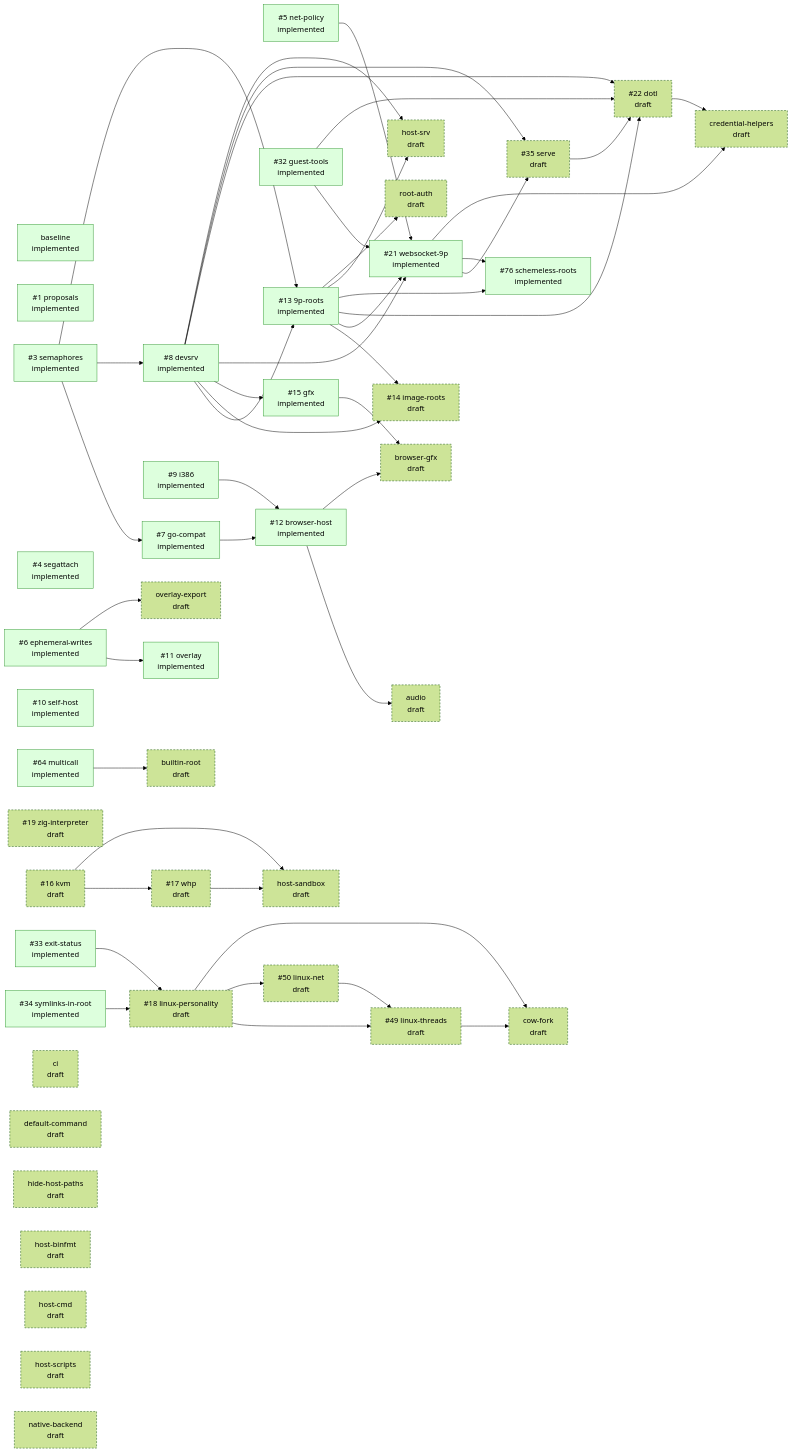
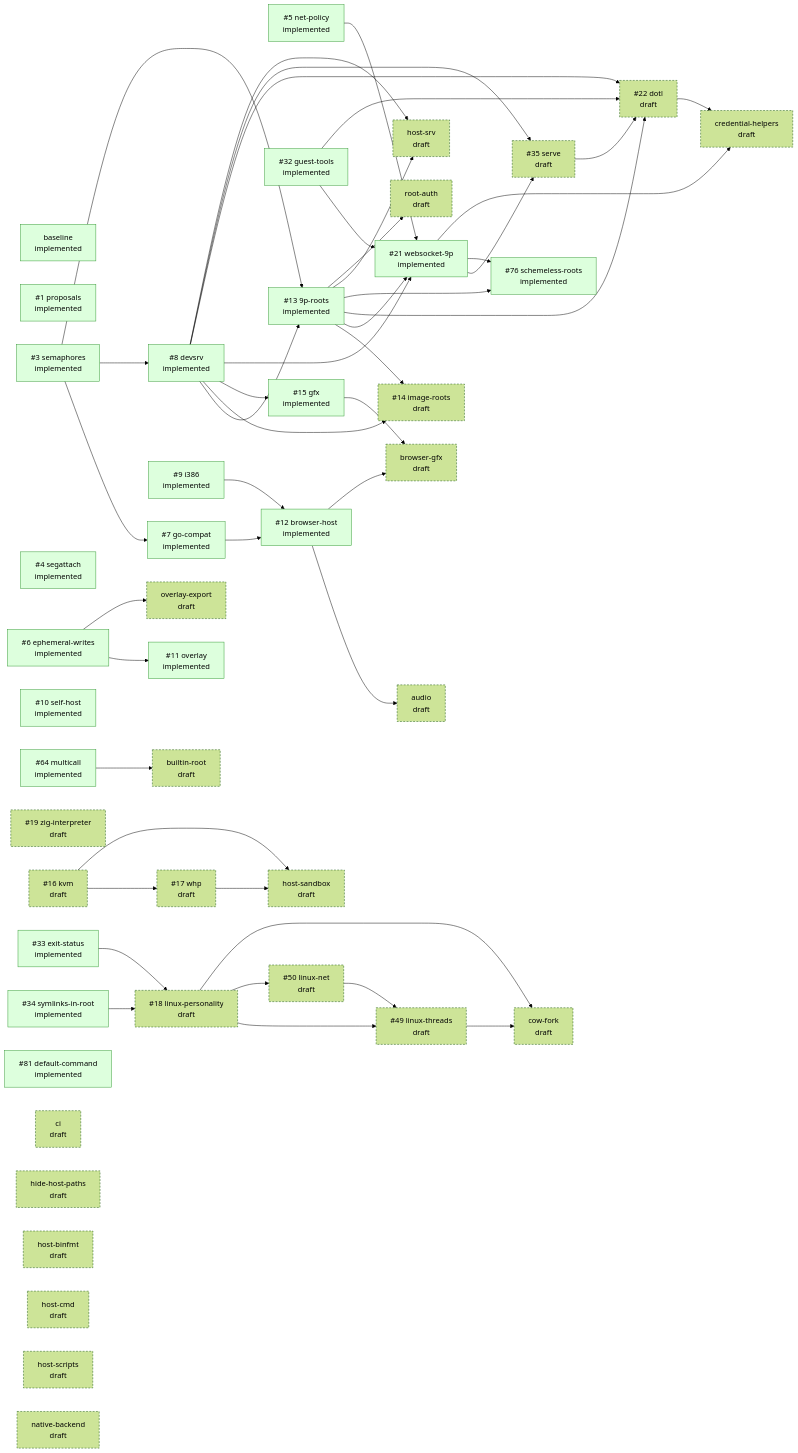
The diagram in design/STATUS.md (progrium/hyper9), drawn with Mermaid (forest theme) before and after one commit. The commit also changed other lines of this file, not shown here.

Commit message:
design: regenerate STATUS.md

```diff
--- a/design/STATUS.md
+++ b/design/STATUS.md
@@ -87,13 +87,13 @@
   p_linux_net["#35;50 linux-net<br/>draft"]:::draft
   p_multicall["#35;64 multicall<br/>implemented"]:::implemented
   p_schemeless_roots["#35;76 schemeless-roots<br/>implemented"]:::implemented
+  p_default_command["#35;81 default-command<br/>implemented"]:::implemented
   p_audio["audio<br/>draft"]:::draft
   p_browser_gfx["browser-gfx<br/>draft"]:::draft
   p_builtin_root["builtin-root<br/>draft"]:::draft
   p_ci["ci<br/>draft"]:::draft
   p_cow_fork["cow-fork<br/>draft"]:::draft
   p_credential_helpers["credential-helpers<br/>draft"]:::draft
-  p_default_command["default-command<br/>draft"]:::draft
   p_hide_host_paths["hide-host-paths<br/>draft"]:::draft
   p_host_binfmt["host-binfmt<br/>draft"]:::draft
   p_host_cmd["host-cmd<br/>draft"]:::draft
```
